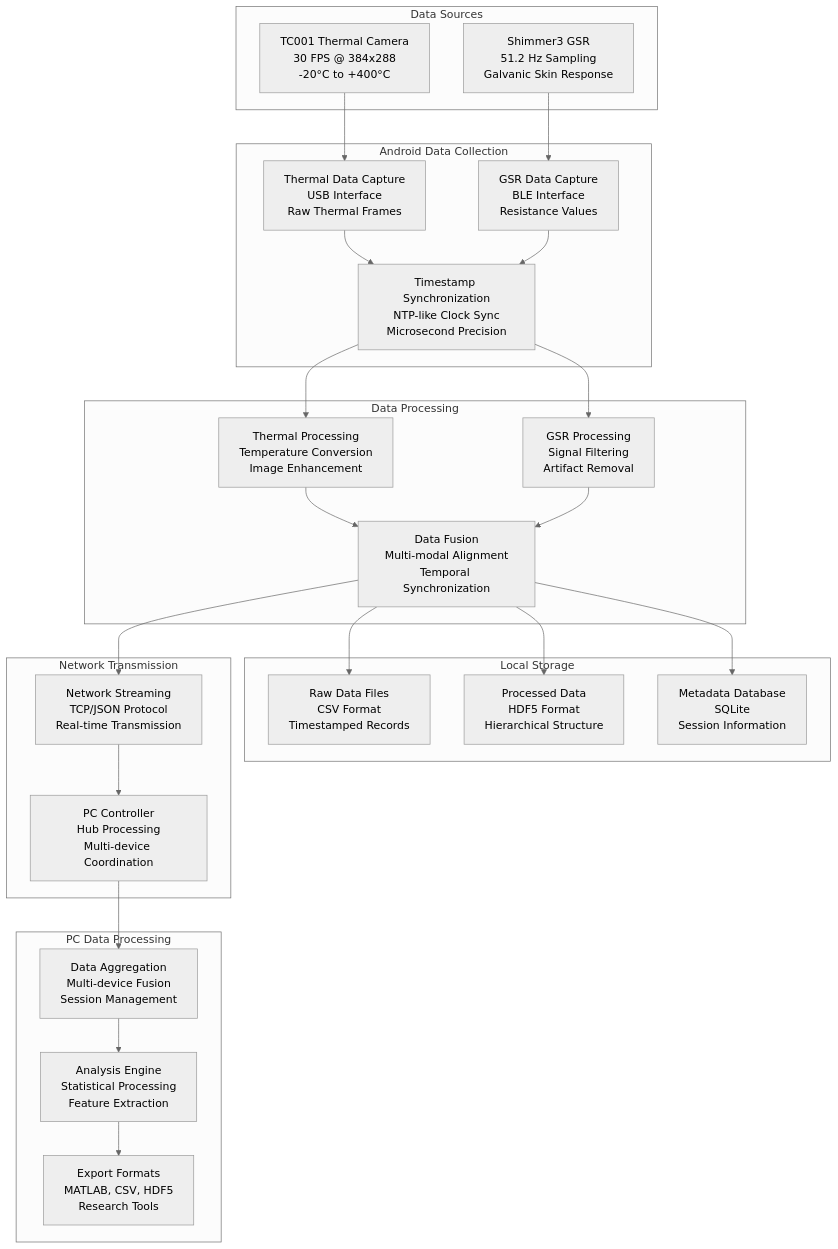
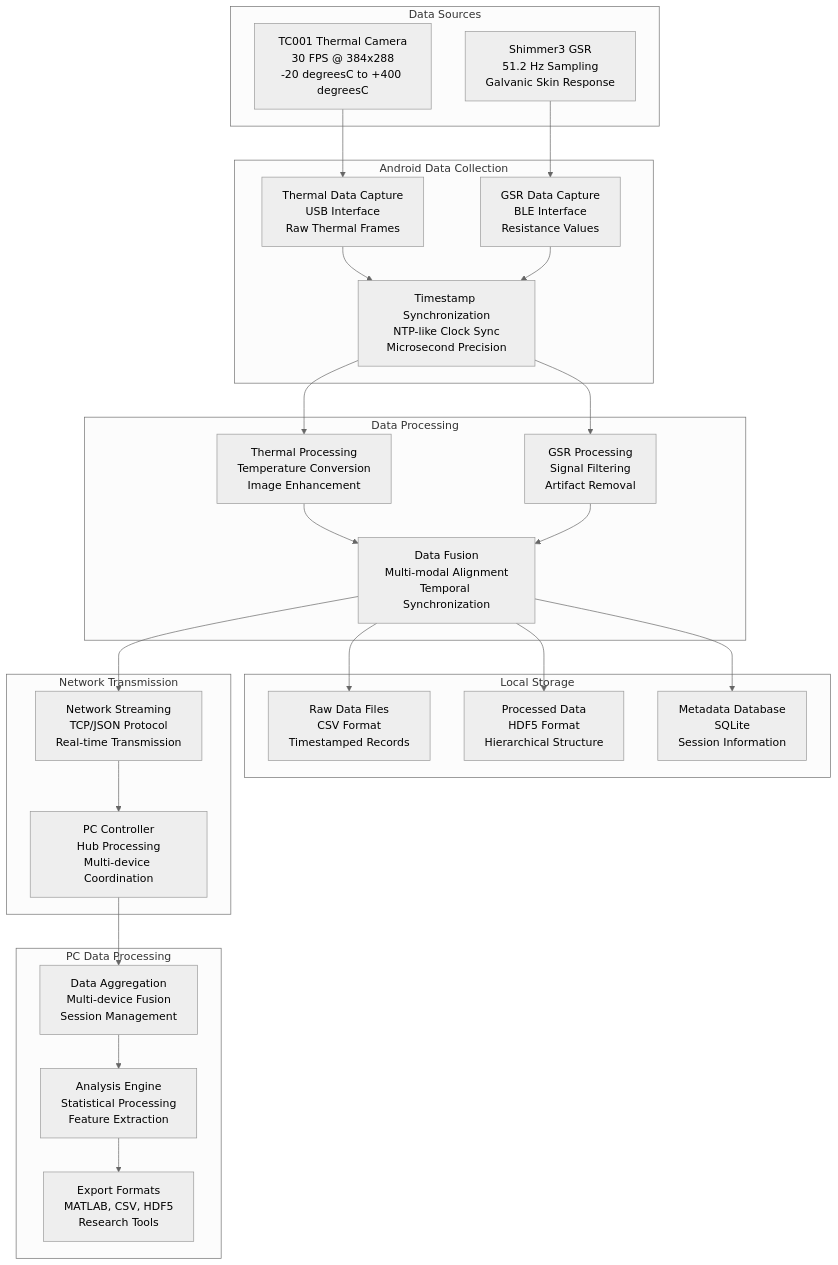
Before and after one commit to uclgsr/IRCamera: the seventh of 10 diagrams in docs/COMPREHENSIVE_ARCHITECTURE_DIAGRAMS.md, drawn with Mermaid (neutral theme). The commit also changed other lines of this file and 20 other files, not shown here.

````diff
--- a/docs/COMPREHENSIVE_ARCHITECTURE_DIAGRAMS.md
+++ b/docs/COMPREHENSIVE_ARCHITECTURE_DIAGRAMS.md
@@ -351,59 +351,59 @@
 ```mermaid
 flowchart TD
     subgraph "Data Sources"
-        TC001Sensor[TC001 Thermal Camera<br/>30 FPS @ 384x288<br/>-20°C to +400°C]
+        TC001Sensor[TC001 Thermal Camera<br/>30 FPS @ 384x288<br/>-20 degreesC to +400 degreesC]
         Shimmer3Sensor[Shimmer3 GSR<br/>51.2 Hz Sampling<br/>Galvanic Skin Response]
     end
     
     subgraph "Android Data Collection"
         ThermalCapture[Thermal Data Capture<br/>USB Interface<br/>Raw Thermal Frames]
         GSRCapture[GSR Data Capture<br/>BLE Interface<br/>Resistance Values]
         TimestampSync[Timestamp Synchronization<br/>NTP-like Clock Sync<br/>Microsecond Precision]
     end
     
     subgraph "Data Processing"
         ThermalProcess[Thermal Processing<br/>Temperature Conversion<br/>Image Enhancement]
         GSRProcess[GSR Processing<br/>Signal Filtering<br/>Artifact Removal]
         DataFusion[Data Fusion<br/>Multi-modal Alignment<br/>Temporal Synchronization]
     end
     
     subgraph "Local Storage"
         RawFiles[Raw Data Files<br/>CSV Format<br/>Timestamped Records]
         ProcessedFiles[Processed Data<br/>HDF5 Format<br/>Hierarchical Structure]
         MetadataDB[Metadata Database<br/>SQLite<br/>Session Information]
     end
     
     subgraph "Network Transmission"
         NetworkStream[Network Streaming<br/>TCP/JSON Protocol<br/>Real-time Transmission]
         PCController[PC Controller<br/>Hub Processing<br/>Multi-device Coordination]
     end
     
     subgraph "PC Data Processing"
         DataAggregation[Data Aggregation<br/>Multi-device Fusion<br/>Session Management]
         AnalysisEngine[Analysis Engine<br/>Statistical Processing<br/>Feature Extraction]
         ExportFormats[Export Formats<br/>MATLAB, CSV, HDF5<br/>Research Tools]
     end
     
     TC001Sensor --> ThermalCapture
     Shimmer3Sensor --> GSRCapture
     
     ThermalCapture --> TimestampSync
     GSRCapture --> TimestampSync
     
     TimestampSync --> ThermalProcess
     TimestampSync --> GSRProcess
     
     ThermalProcess --> DataFusion
     GSRProcess --> DataFusion
     
     DataFusion --> RawFiles
     DataFusion --> ProcessedFiles
     DataFusion --> MetadataDB
     
     DataFusion --> NetworkStream
     NetworkStream --> PCController
     
     PCController --> DataAggregation
     DataAggregation --> AnalysisEngine
     AnalysisEngine --> ExportFormats
 ```
````
